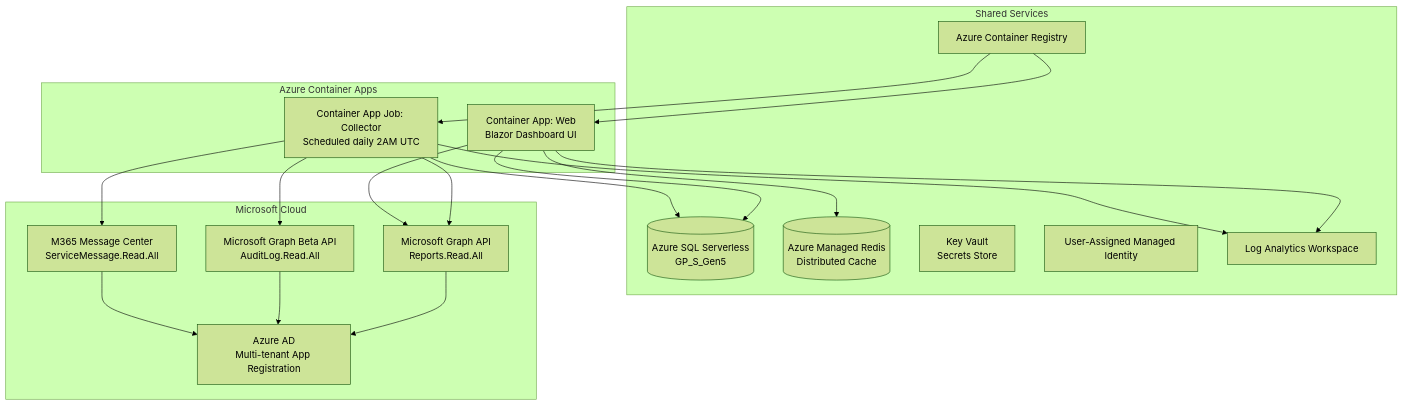
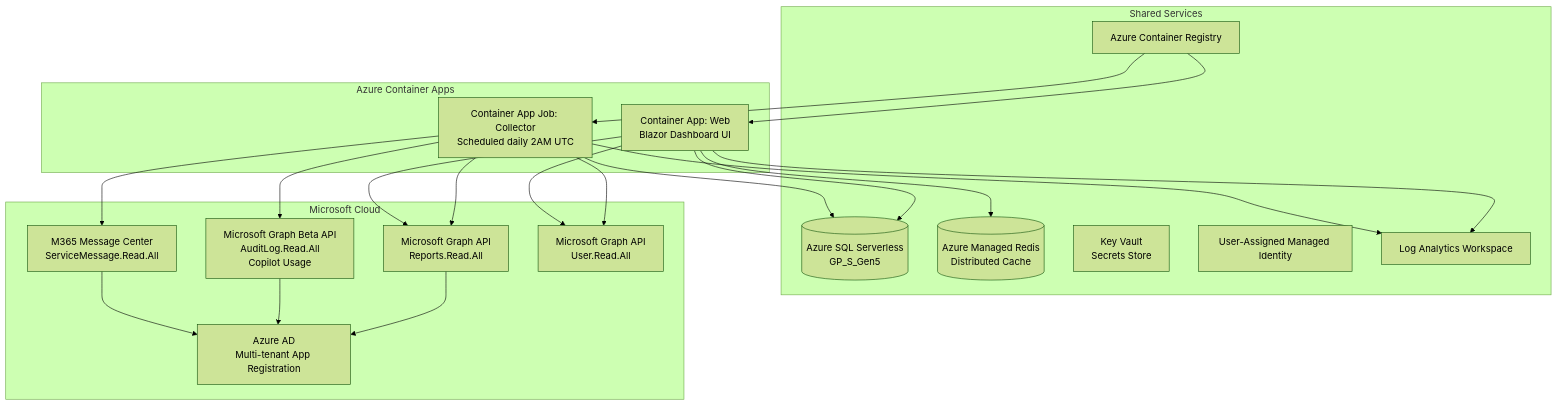
Before and after one commit to tdsnxnielsen-mikkelbach/MWDashboard: the first of 3 diagrams in docs/architecture.md, drawn with Mermaid (forest theme). The commit also changed other lines of this file and 21 other files, not shown here.

````diff
--- a/docs/architecture.md
+++ b/docs/architecture.md
@@ -5,38 +5,41 @@
 ```mermaid
 graph TB
     subgraph Azure Container Apps
         Web[Container App: Web<br/>Blazor Dashboard UI]
         Job[Container App Job: Collector<br/>Scheduled daily 2AM UTC]
     end
 
     subgraph Shared Services
         SQL[(Azure SQL Serverless<br/>GP_S_Gen5)]
         Redis[(Azure Managed Redis<br/>Distributed Cache)]
         KV[Key Vault<br/>Secrets Store]
         UAMI[User-Assigned Managed Identity]
         ACR[Azure Container Registry]
         Logs[Log Analytics Workspace]
     end
 
     subgraph Microsoft Cloud
         Graph[Microsoft Graph API<br/>Reports.Read.All]
-        GraphBeta[Microsoft Graph Beta API<br/>AuditLog.Read.All]
+        GraphBeta[Microsoft Graph Beta API<br/>AuditLog.Read.All<br/>Copilot Usage]
         AAD[Azure AD<br/>Multi-tenant App Registration]
         MsgCenter[M365 Message Center<br/>ServiceMessage.Read.All]
+        UsersApi[Microsoft Graph API<br/>User.Read.All]
     end
 
     Web --> SQL
     Web --> Redis
     Job --> SQL
     Job --> Graph
     Job --> GraphBeta
     Job --> MsgCenter
+    Job --> UsersApi
     Web --> Graph
+    Web --> UsersApi
     Graph --> AAD
     GraphBeta --> AAD
     MsgCenter --> AAD
     ACR --> Web
     ACR --> Job
     Web --> Logs
     Job --> Logs
 ```
````
